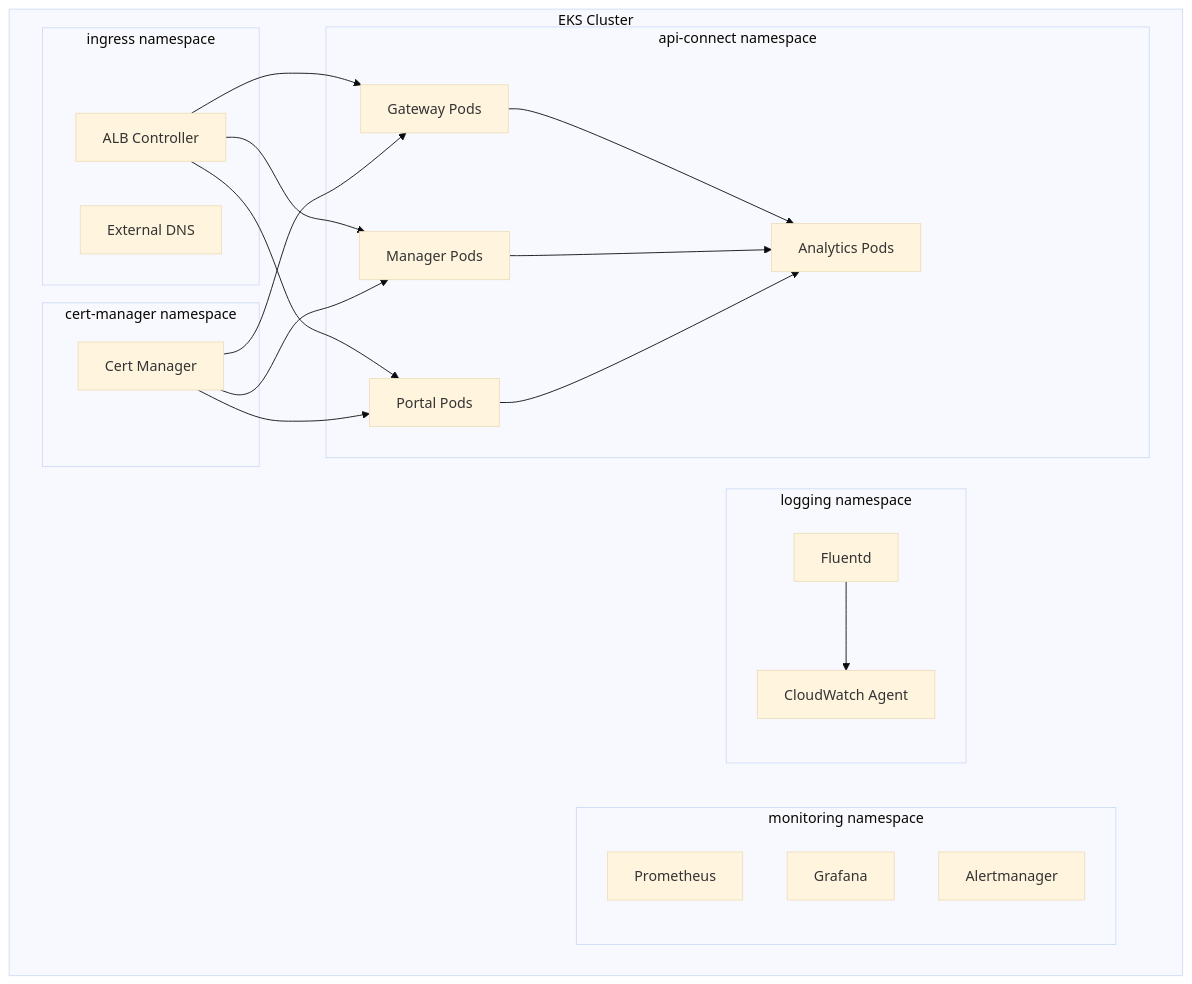
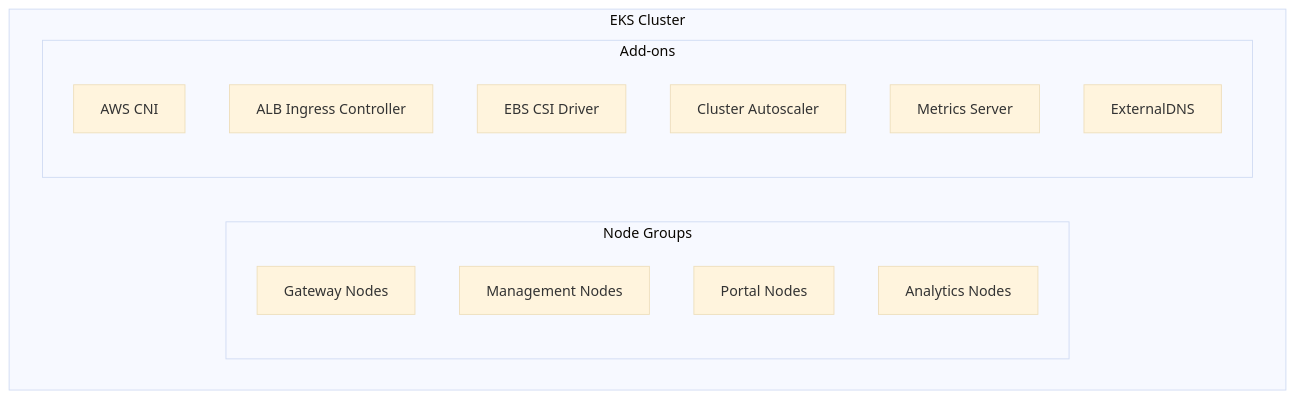
One commit to CodySchluenz/tester changed the second of 2 diagrams in Architecture.md. Above: the diagram before and after it, drawn with Mermaid (base theme). The commit also changed other lines of this file and 4 other files, not shown here.

````diff
--- a/Architecture.md
+++ b/Architecture.md
@@ -234,45 +61,20 @@
 ```mermaid
 graph TD
     subgraph "EKS Cluster"
-        subgraph "api-connect namespace"
-            GW[Gateway Pods]
-            MGR[Manager Pods]
-            PRT[Portal Pods]
-            ANL[Analytics Pods]
+        subgraph "Node Groups"
+            GW[Gateway Nodes]
+            MGMT[Management Nodes]
+            PTL[Portal Nodes]
+            ANL[Analytics Nodes]
         end
         
-        subgraph "monitoring namespace"
-            PRO[Prometheus]
-            GRF[Grafana]
-            ALM[Alertmanager]
-        end
-        
-        subgraph "logging namespace"
-            FLU[Fluentd]
-            CWA[CloudWatch Agent]
-        end
-        
-        subgraph "ingress namespace"
-            ALBC[ALB Controller]
-            EXDNS[External DNS]
-        end
-        
-        subgraph "cert-manager namespace"
-            CERT[Cert Manager]
+        subgraph "Add-ons"
+            CNI[AWS CNI]
+            ALBIC[ALB Ingress Controller]
+            CSI[EBS CSI Driver]
+            CA[Cluster Autoscaler]
+            MET[Metrics Server]
+            ENSDNS[ExternalDNS]
         end
     end
-    
-    GW --> ANL
-    MGR --> ANL
-    PRT --> ANL
-    
-    FLU --> CWA
-    
-    ALBC --> GW
-    ALBC --> MGR
-    ALBC --> PRT
-    
-    CERT --> GW
-    CERT --> MGR
-    CERT --> PRT
 ```
````
